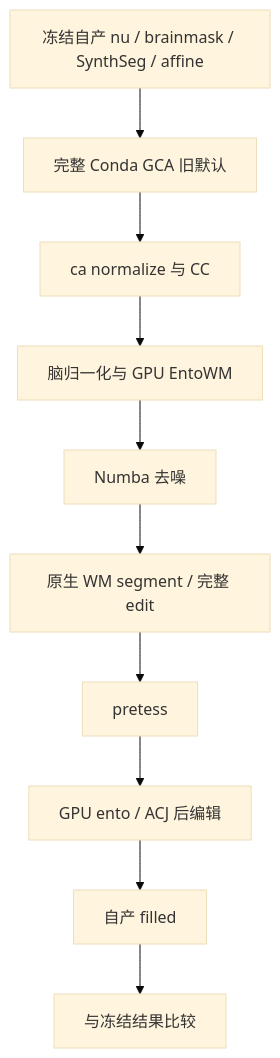
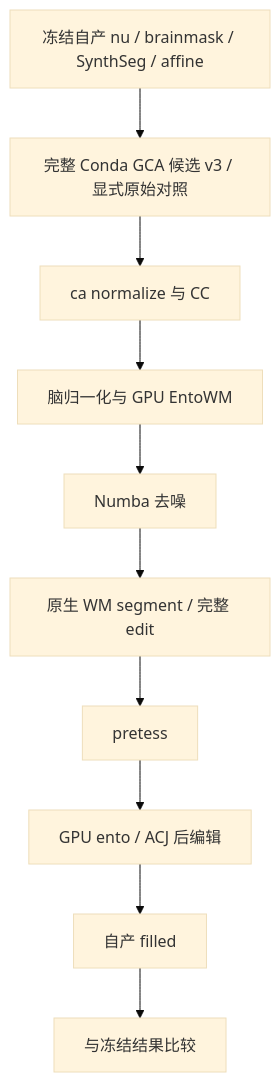
One commit to weikanggong1/Fudan-Neuroimaging-toolkit changed the diagram in validation/recon_all/optimizations/20261002_parallel/task_03/README.md. Above: the diagram before and after it, drawn with Mermaid (base theme). The commit also changed other lines of this file and 3 other files, not shown here.

````diff
--- a/validation/recon_all/optimizations/20261002_parallel/task_03/README.md
+++ b/validation/recon_all/optimizations/20261002_parallel/task_03/README.md
@@ -131,12 +131,12 @@
 ```mermaid
 flowchart TD
-    P[冻结自产 nu / brainmask / SynthSeg / affine] --> G[完整 Conda GCA 旧默认]
+    P[冻结自产 nu / brainmask / SynthSeg / affine] --> G[完整 Conda GCA 候选 v3 / 显式原始对照]
     G --> N[ca normalize 与 CC]
     N --> B[脑归一化与 GPU EntoWM]
     B --> D[Numba 去噪]
     D --> W[原生 WM segment / 完整 edit]
     W --> T[pretess]
     T --> E[GPU ento / ACJ 后编辑]
     E --> F[自产 filled]
     F --> C[与冻结结果比较]
 ```
````
